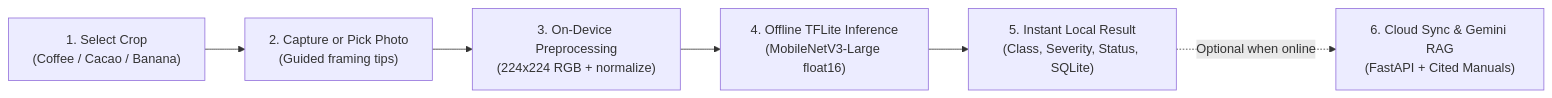
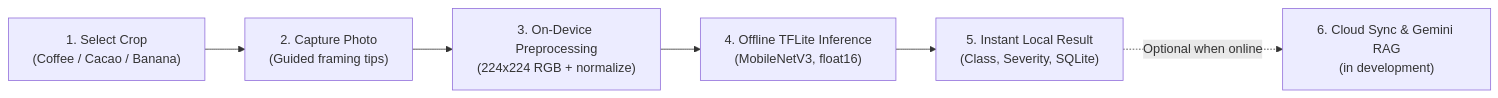
The diagram in README.md (keylorpineda/healthycropping), drawn with Mermaid before and after one commit. The commit also changed other lines of this file and 266 other files, not shown here.

````diff
--- a/README.md
+++ b/README.md
@@ -31,8 +48,8 @@
 ```mermaid
 flowchart LR
-    A["1. Select Crop\n(Coffee / Cacao / Banana)"] --> B["2. Capture or Pick Photo\n(Guided framing tips)"]
+    A["1. Select Crop\n(Coffee / Cacao / Banana)"] --> B["2. Capture Photo\n(Guided framing tips)"]
     B --> C["3. On-Device Preprocessing\n(224x224 RGB + normalize)"]
-    C --> D["4. Offline TFLite Inference\n(MobileNetV3-Large float16)"]
-    D --> E["5. Instant Local Result\n(Class, Severity, Status, SQLite)"]
-    E -. "Optional when online" .-> F["6. Cloud Sync & Gemini RAG\n(FastAPI + Cited Manuals)"]
+    C --> D["4. Offline TFLite Inference\n(MobileNetV3, float16)"]
+    D --> E["5. Instant Local Result\n(Class, Severity, SQLite)"]
+    E -. "Optional when online" .-> F["6. Cloud Sync & Gemini RAG\n(in development)"]
 ```
````
